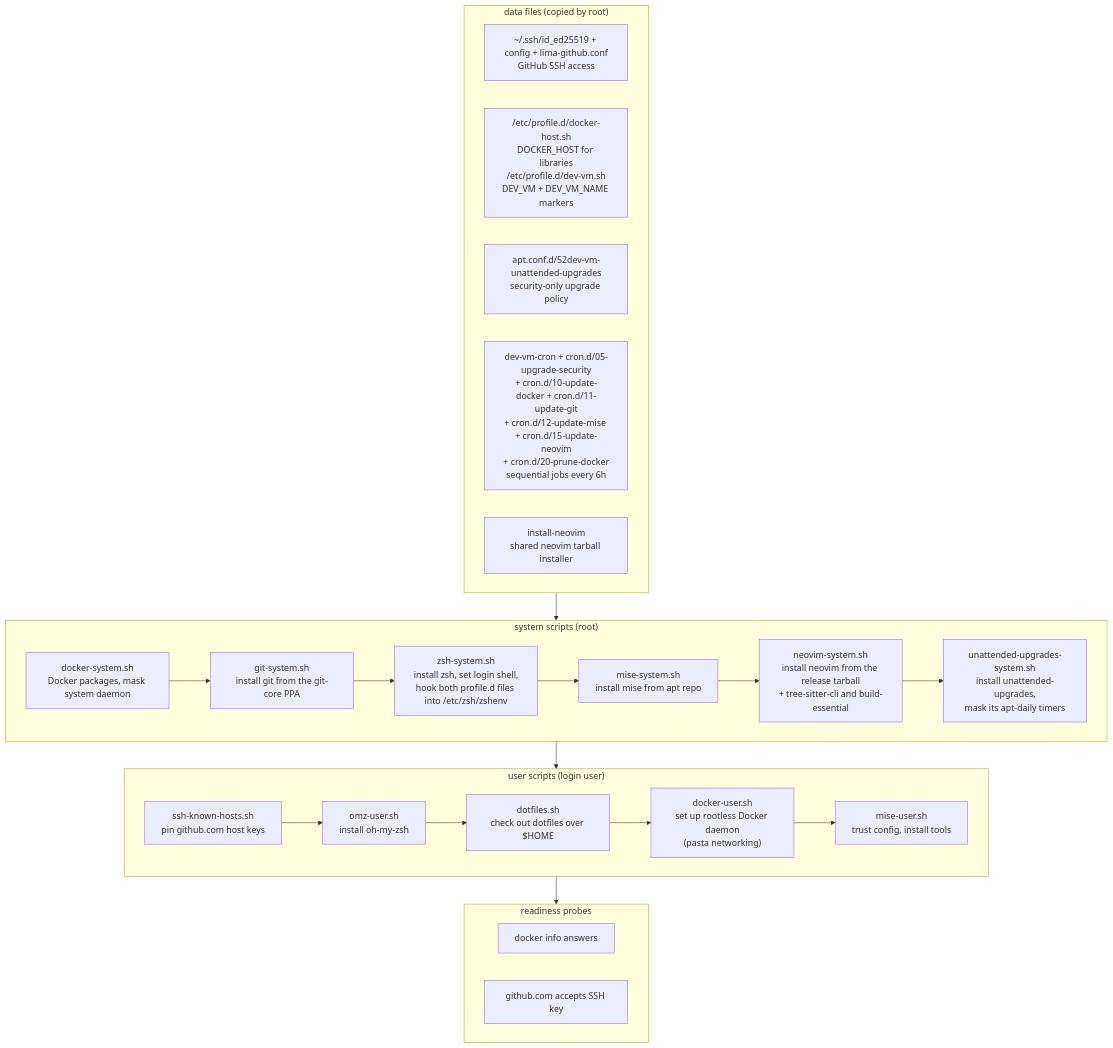
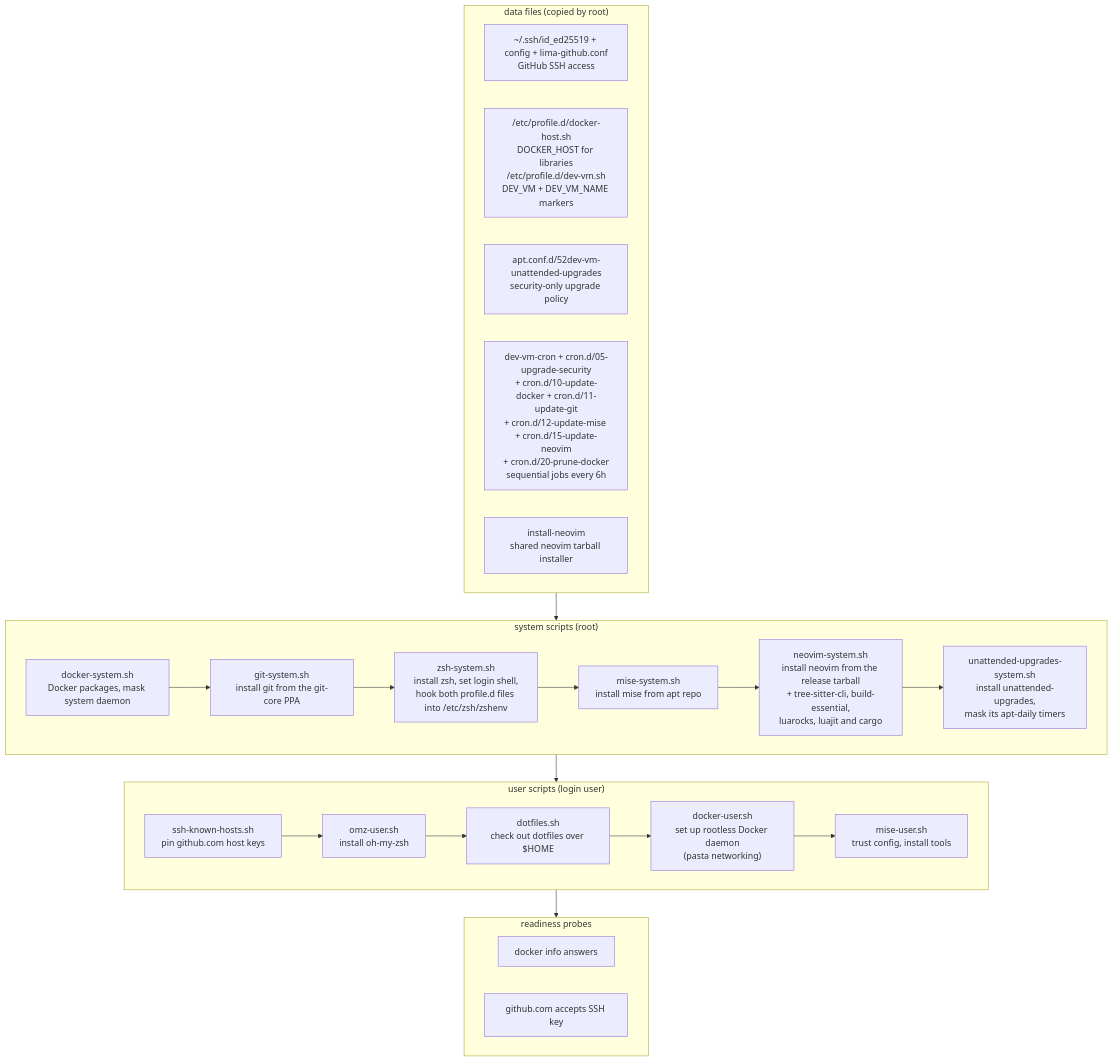
The diagram in README.md (robsonpeixoto/dev-vm), drawn with Mermaid before and after one commit. The commit also changed other lines of this file and 2 other files, not shown here.

First line of the commit message:
feat: install luarocks, luajit and cargo with neovim

````diff
--- a/README.md
+++ b/README.md
@@ -485,38 +486,38 @@
 ```mermaid
 flowchart TD
     subgraph data["data files (copied by root)"]
         d1["~/.ssh/id_ed25519 + config + lima-github.conf<br>GitHub SSH access"]
         d2["/etc/profile.d/docker-host.sh<br>DOCKER_HOST for libraries<br>/etc/profile.d/dev-vm.sh<br>DEV_VM + DEV_VM_NAME markers"]
         d3["apt.conf.d/52dev-vm-unattended-upgrades<br>security-only upgrade policy"]
         d4["dev-vm-cron + cron.d/05-upgrade-security<br>+ cron.d/10-update-docker + cron.d/11-update-git<br>+ cron.d/12-update-mise + cron.d/15-update-neovim<br>+ cron.d/20-prune-docker<br>sequential jobs every 6h"]
         d5["install-neovim<br>shared neovim tarball installer"]
     end
 
     subgraph system["system scripts (root)"]
         s1["docker-system.sh<br>Docker packages, mask system daemon"]
         s1b["git-system.sh<br>install git from the git-core PPA"]
         s2["zsh-system.sh<br>install zsh, set login shell,<br>hook both profile.d files into /etc/zsh/zshenv"]
         s3["mise-system.sh<br>install mise from apt repo"]
-        s4["neovim-system.sh<br>install neovim from the release tarball<br>+ tree-sitter-cli and build-essential"]
+        s4["neovim-system.sh<br>install neovim from the release tarball<br>+ tree-sitter-cli, build-essential,<br>luarocks, luajit and cargo"]
         s5["unattended-upgrades-system.sh<br>install unattended-upgrades,<br>mask its apt-daily timers"]
     end
 
     subgraph user["user scripts (login user)"]
         u1["ssh-known-hosts.sh<br>pin github.com host keys"]
         u2["omz-user.sh<br>install oh-my-zsh"]
         u3["dotfiles.sh<br>check out dotfiles over $HOME"]
         u4["docker-user.sh<br>set up rootless Docker daemon<br>(pasta networking)"]
         u5["mise-user.sh<br>trust config, install tools"]
     end
 
     subgraph probes["readiness probes"]
         p1["docker info answers"]
         p2["github.com accepts SSH key"]
     end
 
     data --> system
     s1 --> s1b --> s2 --> s3 --> s4 --> s5
     system --> user
     u1 --> u2 --> u3 --> u4 --> u5
     user --> probes
 ```
````
